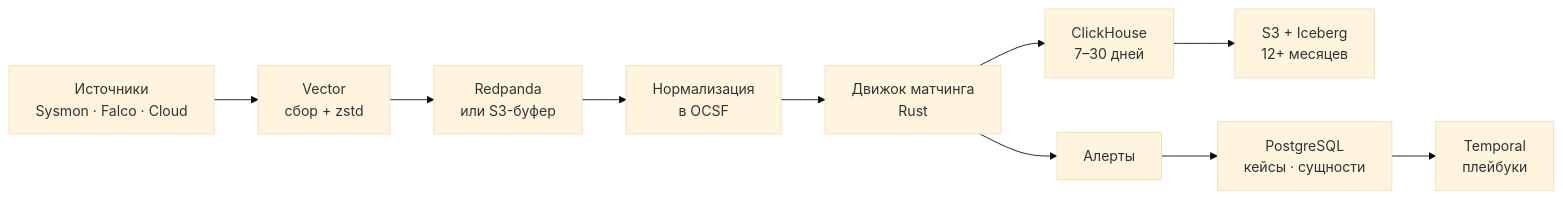
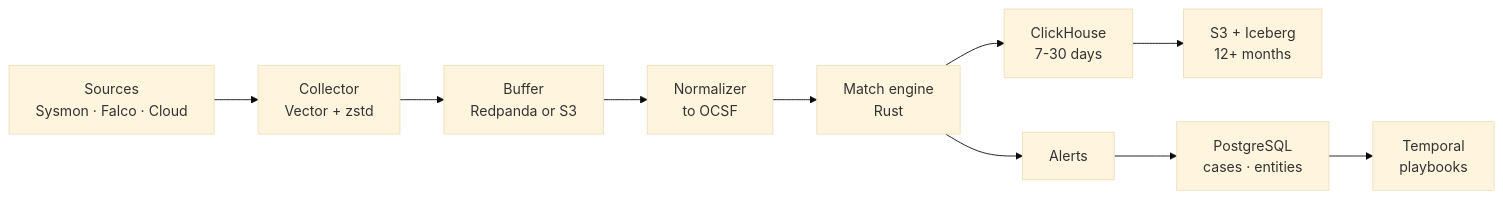
Before and after one commit to arelove/goliath-siem: the diagram in docs/architecture.md, drawn with Mermaid (base theme). The commit also changed other lines of this file and 6 other files, not shown here.

First line of the commit message:
docs: add topology, source, intel, and ATT&CK decisions plus roadmap

````diff
--- a/docs/architecture.md
+++ b/docs/architecture.md
@@ -35,12 +37,12 @@
 ```mermaid
 flowchart LR
-  S["Источники<br/>Sysmon · Falco · Cloud"] --> V["Vector<br/>сбор + zstd"]
-  V --> B["Redpanda<br/>или S3-буфер"]
-  B --> N["Нормализация<br/>в OCSF"]
-  N --> D["Движок матчинга<br/>Rust"]
-  D --> CH["ClickHouse<br/>7–30 дней"]
-  D --> AL["Алерты"]
-  CH --> S3["S3 + Iceberg<br/>12+ месяцев"]
-  AL --> PG["PostgreSQL<br/>кейсы · сущности"]
-  PG --> T["Temporal<br/>плейбуки"]
+  S["Sources<br/>Sysmon · Falco · Cloud"] --> V["Collector<br/>Vector + zstd"]
+  V --> B["Buffer<br/>Redpanda or S3"]
+  B --> N["Normalizer<br/>to OCSF"]
+  N --> D["Match engine<br/>Rust"]
+  D --> CH["ClickHouse<br/>7-30 days"]
+  D --> AL["Alerts"]
+  CH --> S3["S3 + Iceberg<br/>12+ months"]
+  AL --> PG["PostgreSQL<br/>cases · entities"]
+  PG --> T["Temporal<br/>playbooks"]
 ```
````
